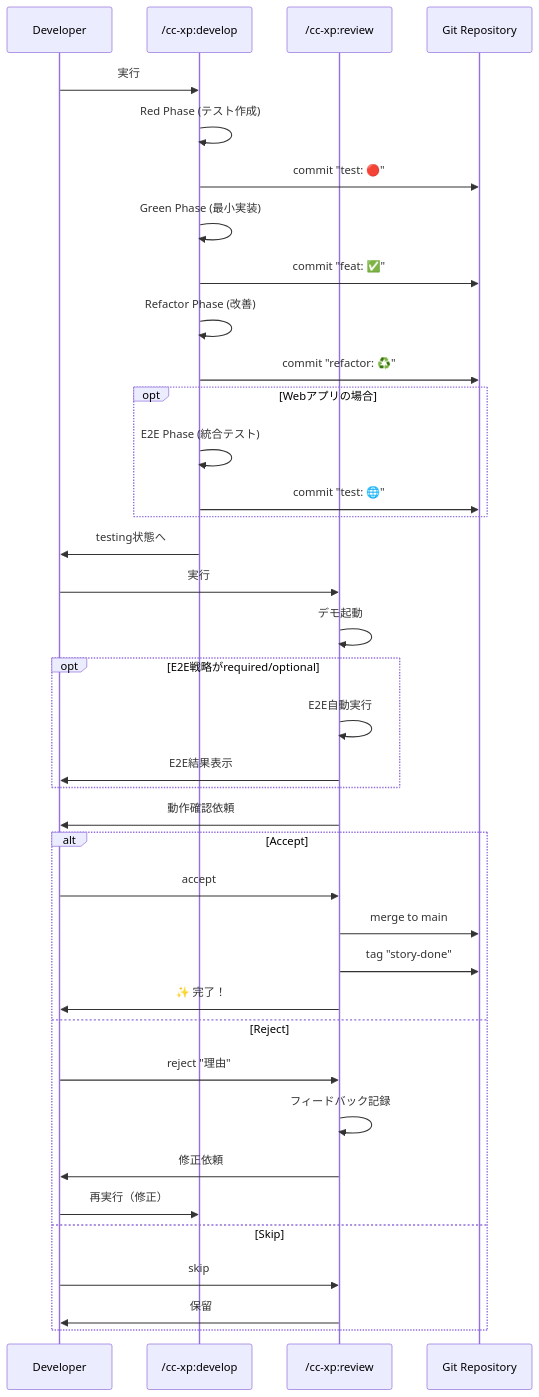
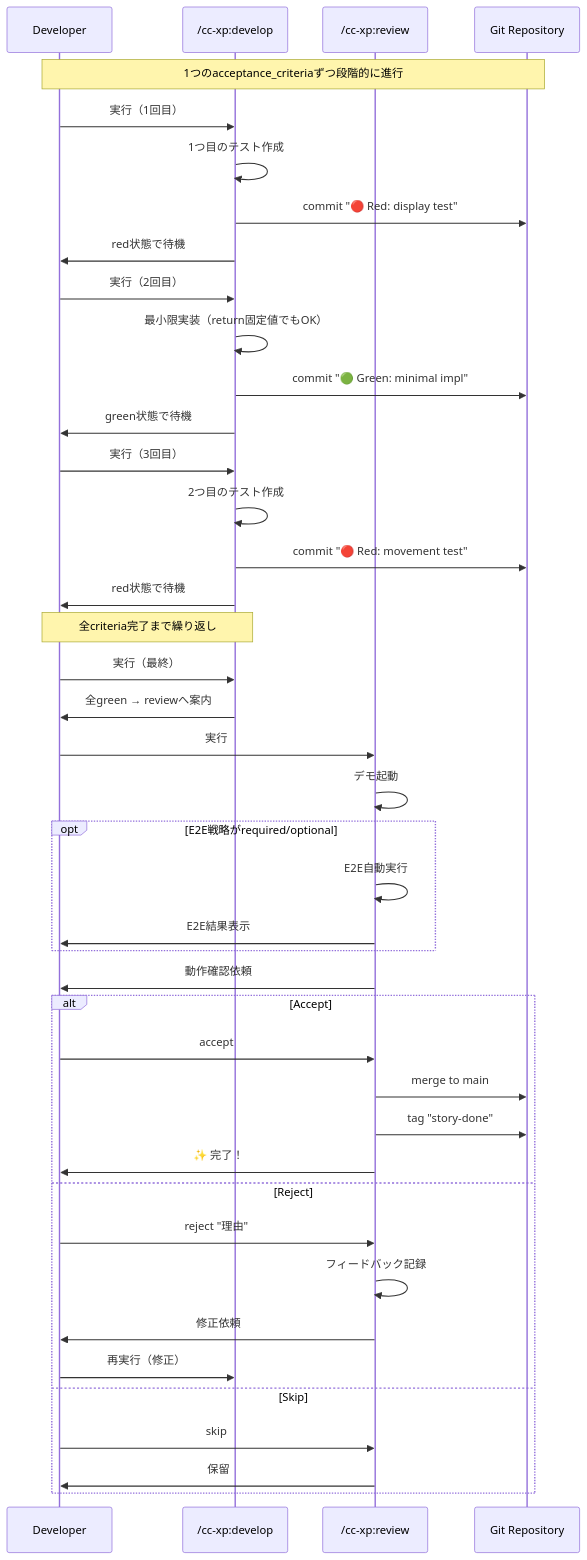
The third of 5 diagrams in README.md (B16B1RD/cc-xp-kit), drawn with Mermaid before and after one commit. The commit also changed other lines of this file and 3 other files, not shown here.

````diff
--- a/README.md
+++ b/README.md
@@ -140,43 +144,52 @@
 ```mermaid
 sequenceDiagram
     participant Dev as Developer
     participant D as /cc-xp:develop
     participant R as /cc-xp:review
     participant Git as Git Repository
     
-    Dev->>D: 実行
-    D->>D: Red Phase (テスト作成)
-    D->>Git: commit "test: 🔴"
-    D->>D: Green Phase (最小実装)
-    D->>Git: commit "feat: ✅"
-    D->>D: Refactor Phase (改善)
-    D->>Git: commit "refactor: ♻️"
-    opt Webアプリの場合
-        D->>D: E2E Phase (統合テスト)
-        D->>Git: commit "test: 🌐"
-    end
-    D->>Dev: testing状態へ
+    Note over Dev,Git: 1つのacceptance_criteriaずつ段階的に進行
+    
+    Dev->>D: 実行（1回目）
+    D->>D: 1つ目のテスト作成
+    D->>Git: commit "🔴 Red: display test"
+    D->>Dev: red状態で待機
+    
+    Dev->>D: 実行（2回目）
+    D->>D: 最小限実装（return固定値でもOK）
+    D->>Git: commit "🟢 Green: minimal impl"
+    D->>Dev: green状態で待機
+    
+    Dev->>D: 実行（3回目）
+    D->>D: 2つ目のテスト作成
+    D->>Git: commit "🔴 Red: movement test"
+    D->>Dev: red状態で待機
+    
+    Note over Dev,D: 全criteria完了まで繰り返し
+    
+    Dev->>D: 実行（最終）
+    D->>Dev: 全green → reviewへ案内
     
     Dev->>R: 実行
     R->>R: デモ起動
     opt E2E戦略がrequired/optional
         R->>R: E2E自動実行
         R->>Dev: E2E結果表示
     end
     R->>Dev: 動作確認依頼
     
     alt Accept
         Dev->>R: accept
         R->>Git: merge to main
         R->>Git: tag "story-done"
         R->>Dev: ✨ 完了！
     else Reject
         Dev->>R: reject "理由"
         R->>R: フィードバック記録
         R->>Dev: 修正依頼
         Dev->>D: 再実行（修正）
     else Skip
         Dev->>R: skip
         R->>Dev: 保留
     end
 ```
````
